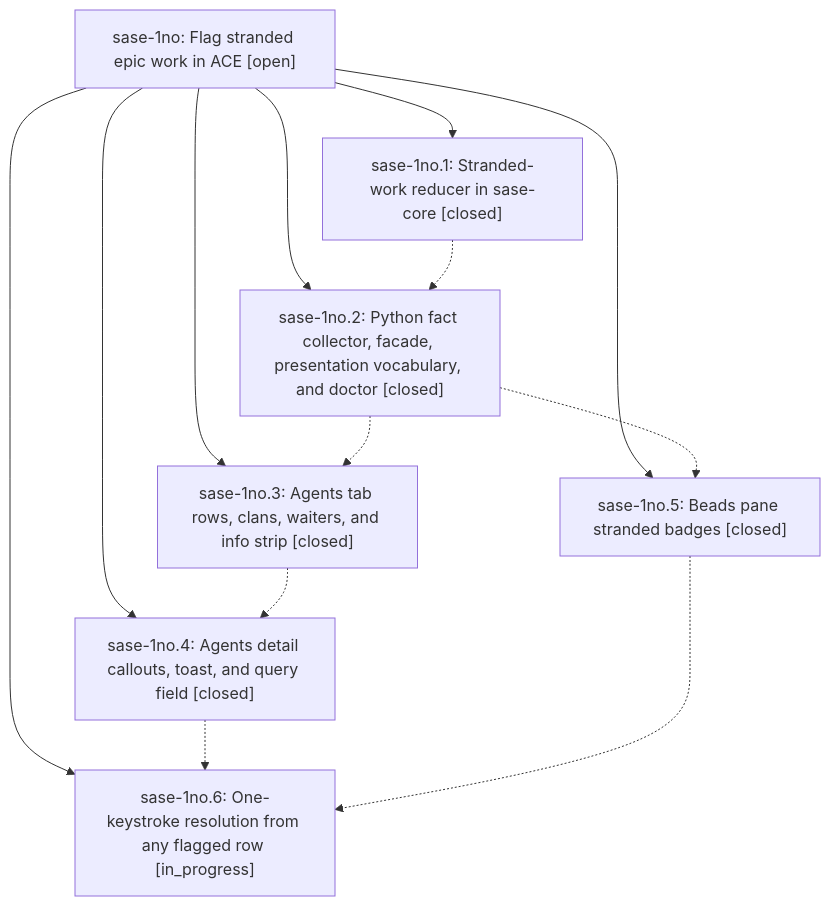
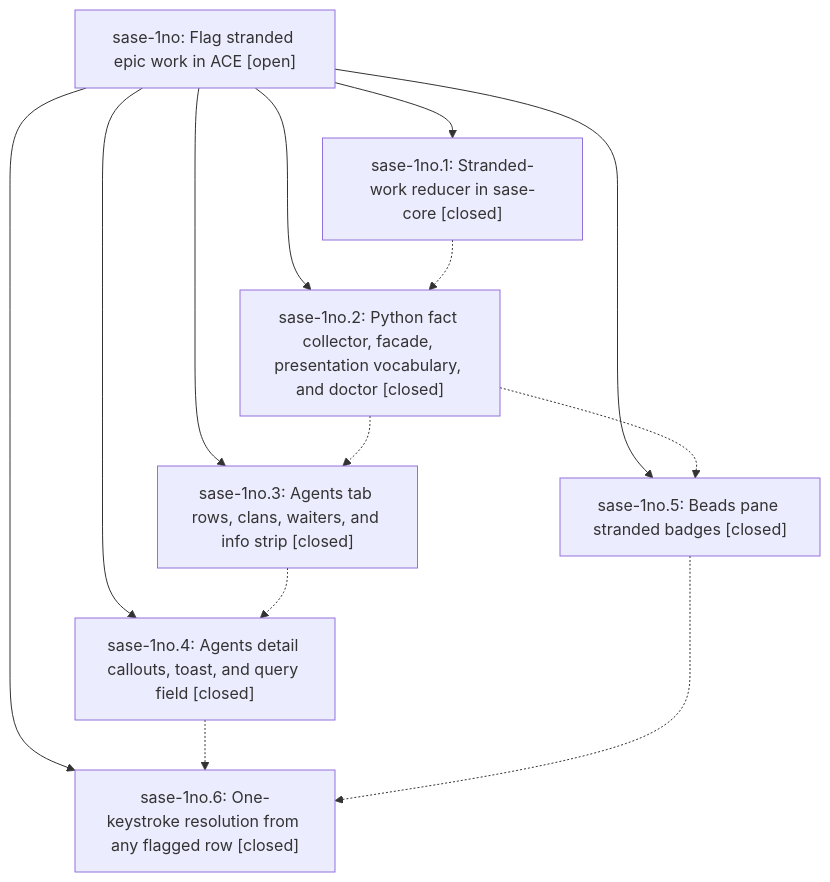
The diagram in pages/sase-1no/README.md (sase-org/sase--beads), drawn with Mermaid before and after one commit. The commit also changed other lines of this file and 3 other files, not shown here.

````diff
--- a/pages/sase-1no/README.md
+++ b/pages/sase-1no/README.md
@@ -47,22 +49,22 @@
 ```mermaid
 flowchart TD
     n0["sase-1no: Flag stranded epic work in ACE [open]"]
     n1["sase-1no.1: Stranded-work reducer in sase-core [closed]"]
     n2["sase-1no.2: Python fact collector, facade, presentation vocabulary, and doctor [closed]"]
     n3["sase-1no.3: Agents tab rows, clans, waiters, and info strip [closed]"]
     n4["sase-1no.4: Agents detail callouts, toast, and query field [closed]"]
     n5["sase-1no.5: Beads pane stranded badges [closed]"]
-    n6["sase-1no.6: One-keystroke resolution from any flagged row [in_progress]"]
+    n6["sase-1no.6: One-keystroke resolution from any flagged row [closed]"]
     n0 --> n1
     n0 --> n2
     n0 --> n3
     n0 --> n4
     n0 --> n5
     n0 --> n6
     n1 -.-> n2
     n2 -.-> n3
     n2 -.-> n5
     n3 -.-> n4
     n4 -.-> n6
     n5 -.-> n6
 ```
````
